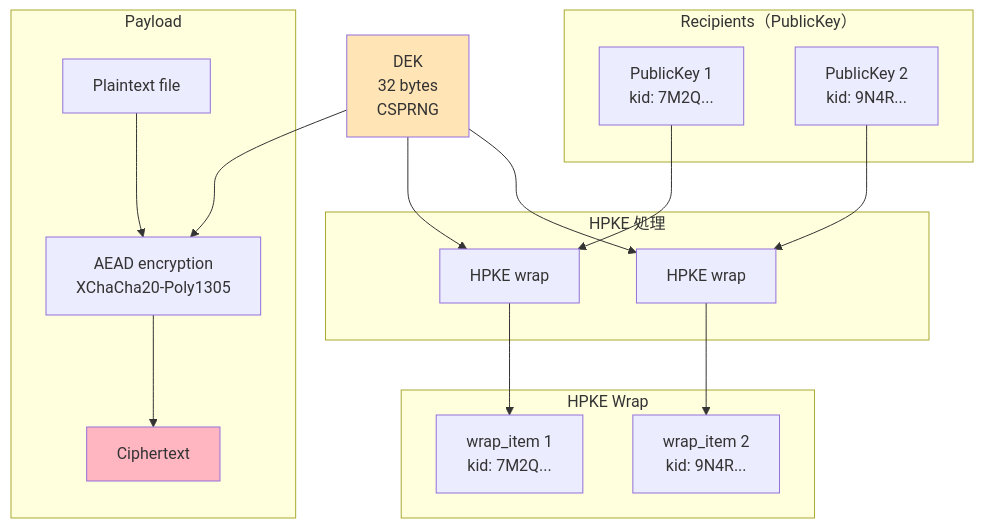
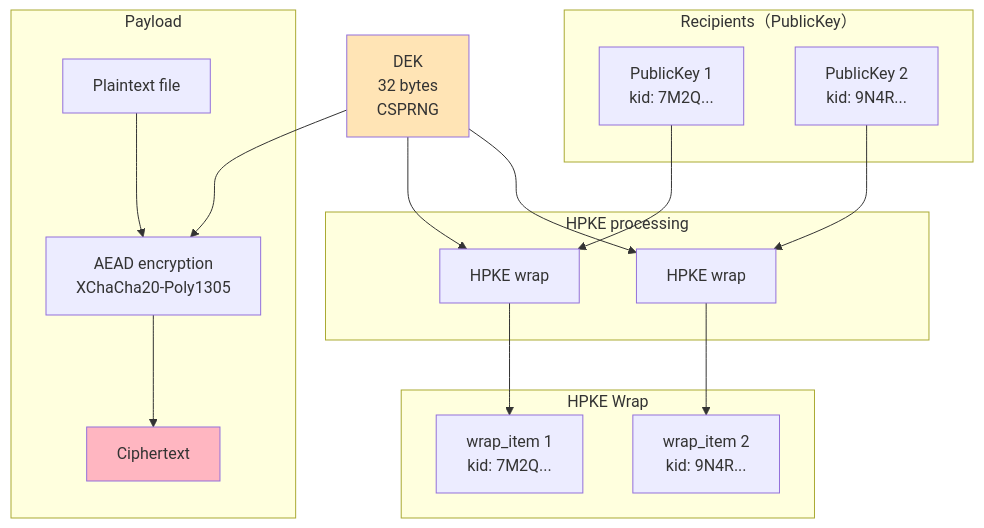
One commit to ebisawa/kapsaro changed the third of 6 diagrams in guides/security_design_en.md. Above: the diagram before and after it, drawn with Mermaid. The commit also changed other lines of this file and 121 other files, not shown here.

````diff
--- a/guides/security_design_en.md
+++ b/guides/security_design_en.md
@@ -807,38 +719,38 @@
 ```mermaid
 graph TB
     subgraph recipients["Recipients（PublicKey）"]
         PK1["PublicKey 1<br/>kid: 7M2Q..."]
         PK2["PublicKey 2<br/>kid: 9N4R..."]
     end
 
-    subgraph hpke["HPKE 処理"]
+    subgraph hpke["HPKE processing"]
         HPKE1[HPKE wrap]
         HPKE2[HPKE wrap]
     end
 
     subgraph wrap["HPKE Wrap"]
         W1["wrap_item 1<br/>kid: 7M2Q..."]
         W2["wrap_item 2<br/>kid: 9N4R..."]
     end
 
     DEK["DEK<br/>32 bytes<br/>CSPRNG"]
 
     subgraph payload["Payload"]
         PT[Plaintext file]
         AEAD[AEAD encryption<br/>XChaCha20-Poly1305]
         CT["Ciphertext"]
     end
 
     PK1 --> HPKE1
     DEK --> HPKE1
     HPKE1 --> W1
     PK2 --> HPKE2
     DEK --> HPKE2
     HPKE2 --> W2
     DEK --> AEAD
     PT --> AEAD
     AEAD --> CT
 
     style DEK fill:#FFE4B5
     style CT fill:#FFB6C1
 ```
````
